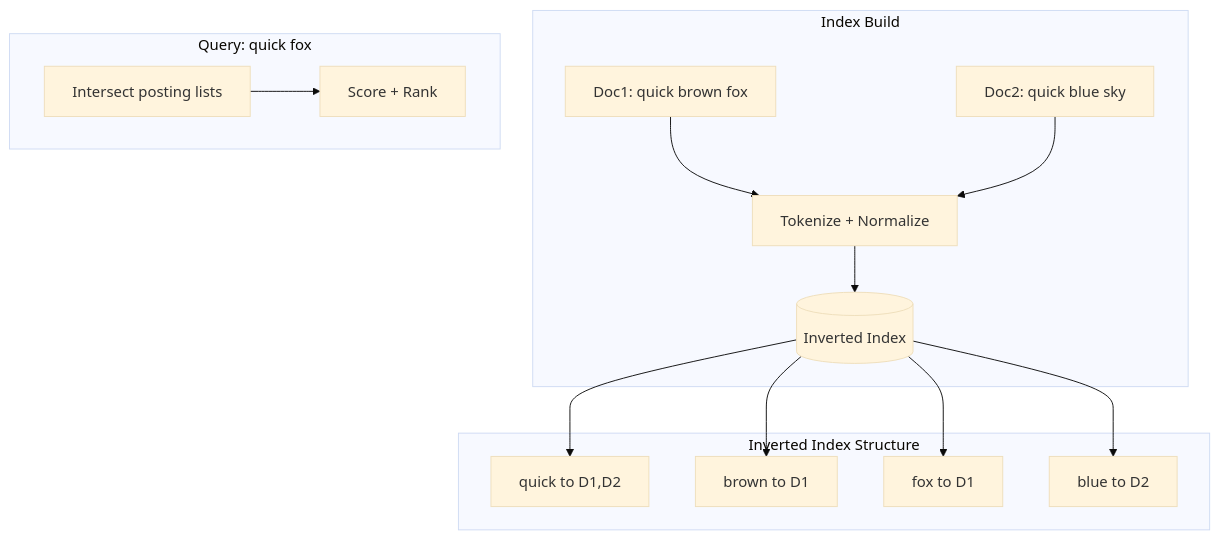
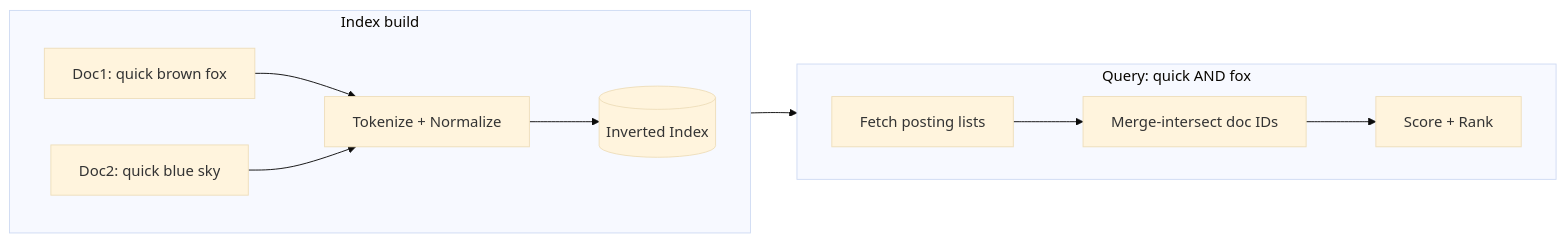
The second of 9 diagrams in 14-search-systems/README.md (hareramcse/SystemDesign), drawn with Mermaid (base theme) before and after one commit. The commit also changed other lines of this file and 14 other files, not shown here.

````diff
--- a/14-search-systems/README.md
+++ b/14-search-systems/README.md
@@ -97,19 +228,16 @@
 ```mermaid
-flowchart TB
-    subgraph Build[Index Build]
-        D1[Doc1: quick brown fox]
-        D2[Doc2: quick blue sky]
-        D1 --> Tok[Tokenize + Normalize]
-        D2 --> Tok
+flowchart LR
+    subgraph Build["Index build"]
+        direction LR
+        D1[Doc1: quick brown fox] --> Tok[Tokenize + Normalize]
+        D2[Doc2: quick blue sky] --> Tok
         Tok --> Inv[(Inverted Index)]
     end
-    subgraph Index[Inverted Index Structure]
-        Inv --> quick[quick to D1,D2]
-        Inv --> brown[brown to D1]
-        Inv --> fox[fox to D1]
-        Inv --> blue[blue to D2]
+    subgraph Query["Query: quick AND fox"]
+        direction LR
+        Inv --> Fetch[Fetch posting lists]
+        Fetch --> Intersect[Merge-intersect doc IDs]
+        Intersect --> Score[Score + Rank]
     end
-    subgraph Query[Query: quick fox]
-        Q[Intersect posting lists] --> Score[Score + Rank]
-    end
+    Build ~~~ Query
 ```
````
